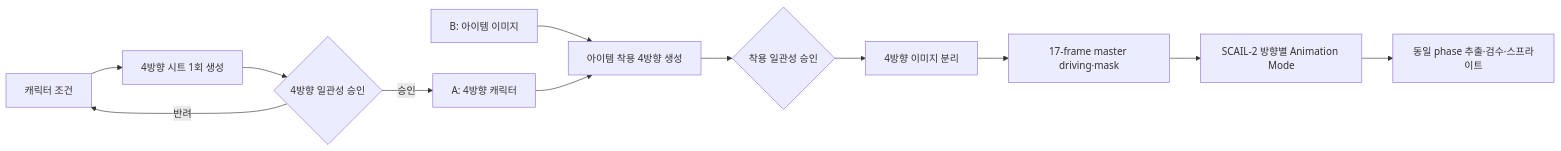
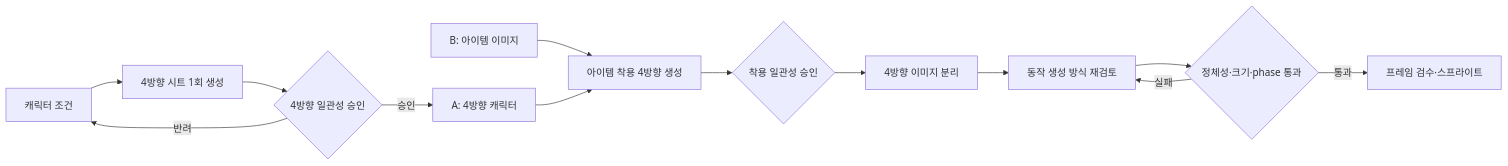
The diagram in docs/PRODUCT_PLAN.md (yyeongjin/2d-assets-generator), drawn with Mermaid before and after one commit. The commit also changed other lines of this file and 4 other files, not shown here.

````diff
--- a/docs/PRODUCT_PLAN.md
+++ b/docs/PRODUCT_PLAN.md
@@ -9,14 +9,15 @@
 ```mermaid
 flowchart LR
     A["캐릭터 조건"] --> B["4방향 시트 1회 생성"]
     B --> C{"4방향 일관성 승인"}
     C -->|"반려"| A
     C -->|"승인"| D["A: 4방향 캐릭터"]
     E["B: 아이템 이미지"] --> F["아이템 착용 4방향 생성"]
     D --> F
     F --> G{"착용 일관성 승인"}
     G --> H["4방향 이미지 분리"]
-    H --> I["17-frame master driving·mask"]
-    I --> J["SCAIL-2 방향별 Animation Mode"]
-    J --> K["동일 phase 추출·검수·스프라이트"]
+    H --> I["동작 생성 방식 재검토"]
+    I --> J{"정체성·크기·phase 통과"}
+    J -->|"실패"| I
+    J -->|"통과"| K["프레임 검수·스프라이트"]
 ```
````
